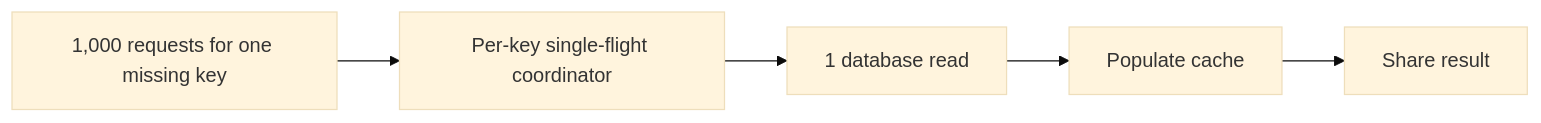
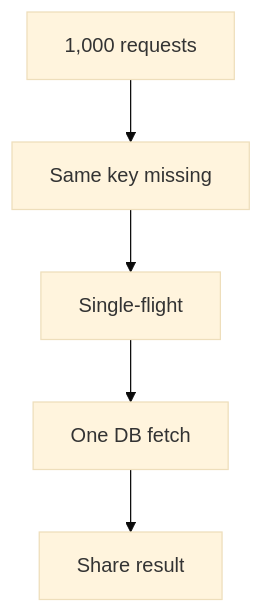
The eighth of 14 diagrams in system_design_notes/04_caching_strategies_redis_ha_failure_recovery_interview_notes.md (Johnybritto/system_design), drawn with Mermaid (base theme) before and after one commit. The commit also changed other lines of this file, not shown here.

Commit message:
docs: align caching guide with chat Q&A and simplify Mermaid diagrams

````diff
--- a/system_design_notes/04_caching_strategies_redis_ha_failure_recovery_interview_notes.md
+++ b/system_design_notes/04_caching_strategies_redis_ha_failure_recovery_interview_notes.md
@@ -192,9 +228,7 @@
 ```mermaid
-flowchart LR
-  A["1,000 requests for one missing key"]
-  B["Per-key single-flight coordinator"]
-  C["1 database read"]
-  D["Populate cache"]
-  E["Share result"]
-  A --> B --> C --> D --> E
+flowchart TD
+  A["1,000 requests"] --> B["Same key missing"]
+  B --> C["Single-flight"]
+  C --> D["One DB fetch"]
+  D --> E["Share result"]
 ```
````
